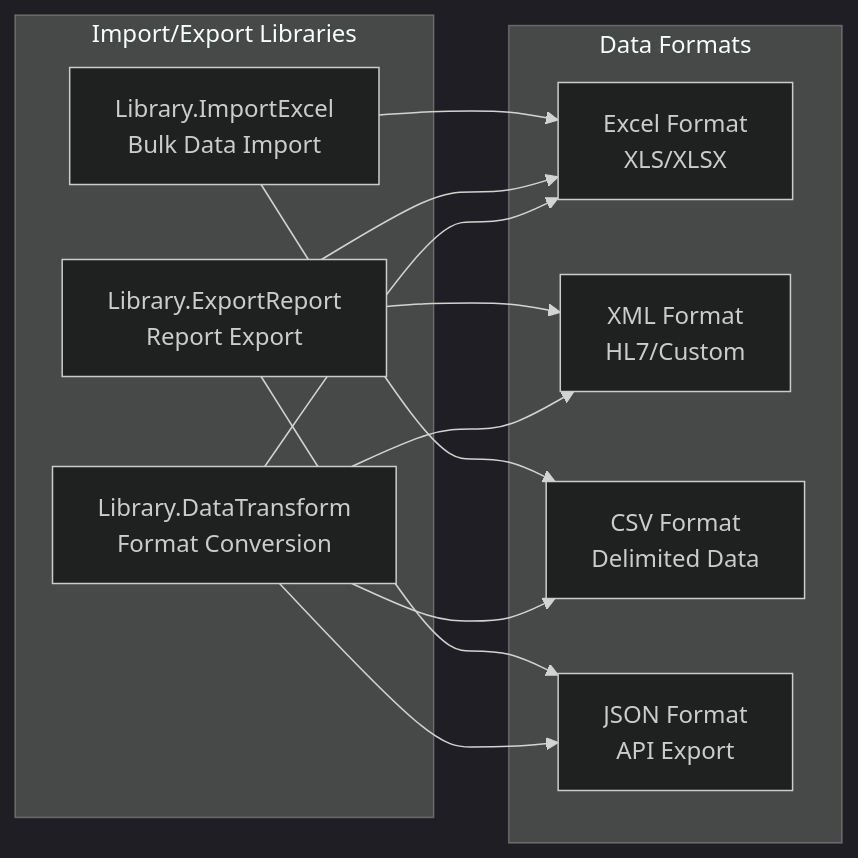
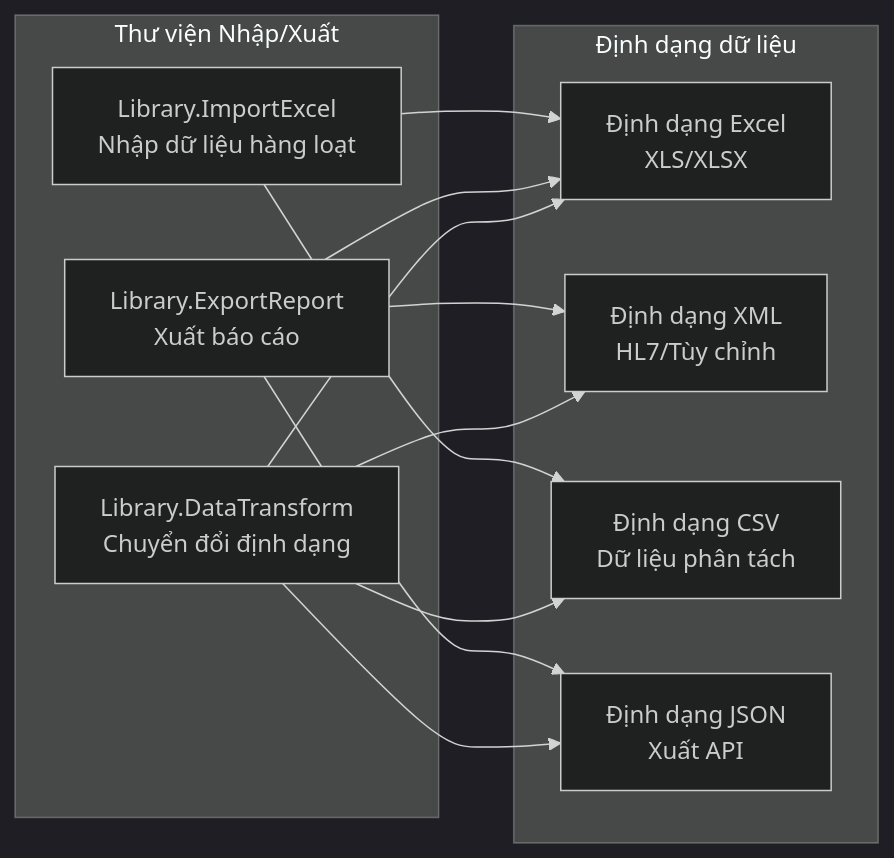
One commit to thangpnb/HIS changed the seventh of 14 diagrams in docs/his-ba-documentation/04-integrations/helper-plugins.md. Above: the diagram before and after it, drawn with Mermaid (dark theme). The commit also changed other lines of this file and 30 other files, not shown here.

Commit message:
Refactor architecture docs and update translations

````diff
--- a/docs/his-ba-documentation/04-integrations/helper-plugins.md
+++ b/docs/his-ba-documentation/04-integrations/helper-plugins.md
@@ -269,25 +269,25 @@
 ```mermaid
 graph LR
-    subgraph "Import/Export Libraries"
-        ImportExcel["Library.ImportExcel<br/>Bulk Data Import"]
-        ExportReport["Library.ExportReport<br/>Report Export"]
-        DataTransform["Library.DataTransform<br/>Format Conversion"]
+    subgraph "Thư viện Nhập/Xuất"
+        ImportExcel["Library.ImportExcel<br/>Nhập dữ liệu hàng loạt"]
+        ExportReport["Library.ExportReport<br/>Xuất báo cáo"]
+        DataTransform["Library.DataTransform<br/>Chuyển đổi định dạng"]
     end
     
-    subgraph "Data Formats"
-        Excel["Excel Format<br/>XLS/XLSX"]
-        XML["XML Format<br/>HL7/Custom"]
-        CSV["CSV Format<br/>Delimited Data"]
-        JSON["JSON Format<br/>API Export"]
+    subgraph "Định dạng dữ liệu"
+        Excel["Định dạng Excel<br/>XLS/XLSX"]
+        XML["Định dạng XML<br/>HL7/Tùy chỉnh"]
+        CSV["Định dạng CSV<br/>Dữ liệu phân tách"]
+        JSON["Định dạng JSON<br/>Xuất API"]
     end
     
     ImportExcel --> Excel
     ImportExcel --> CSV
     ExportReport --> Excel
     ExportReport --> XML
     ExportReport --> JSON
     DataTransform --> Excel
     DataTransform --> XML
     DataTransform --> CSV
     DataTransform --> JSON
 ```
````
